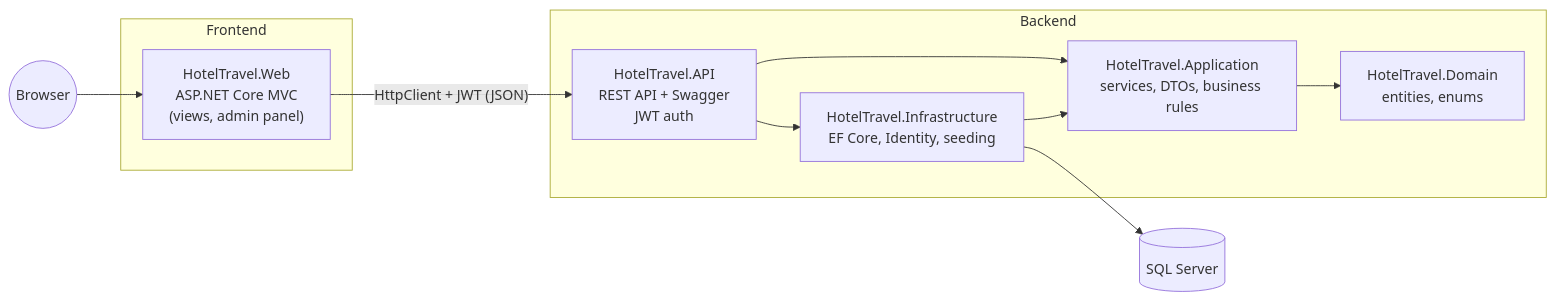
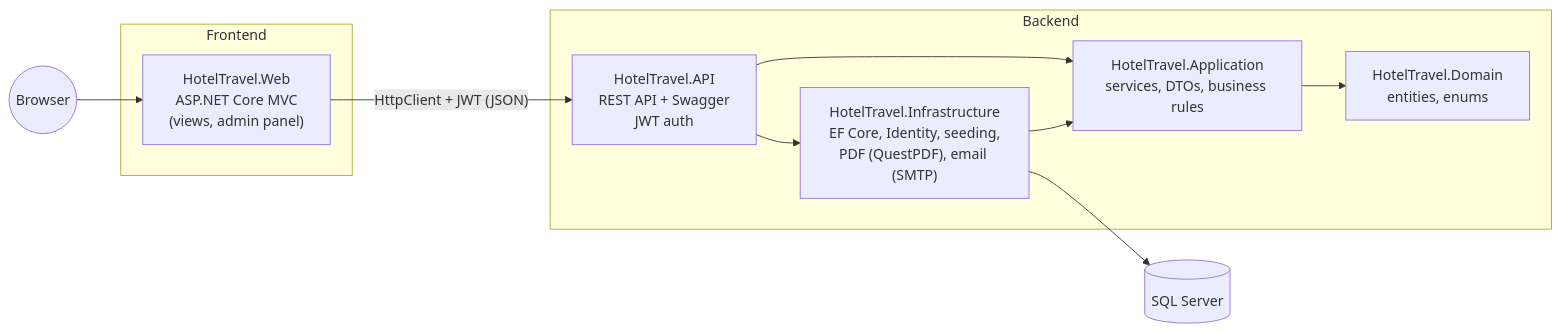
One commit to nigar-aligayeva-code/FinalProject changed the first of 4 diagrams in README.md. Above: the diagram before and after it, drawn with Mermaid. The commit also changed other lines of this file and 2 other files, not shown here.

````diff
--- a/README.md
+++ b/README.md
@@ -17,24 +23,24 @@
 ```mermaid
 flowchart LR
     Browser((Browser)) --> MVC
 
     subgraph Frontend
         MVC["HotelTravel.Web<br/>ASP.NET Core MVC<br/>(views, admin panel)"]
     end
 
     subgraph Backend
         API["HotelTravel.API<br/>REST API + Swagger<br/>JWT auth"]
         APP["HotelTravel.Application<br/>services, DTOs, business rules"]
-        INF["HotelTravel.Infrastructure<br/>EF Core, Identity, seeding"]
+        INF["HotelTravel.Infrastructure<br/>EF Core, Identity, seeding,<br/>PDF (QuestPDF), email (SMTP)"]
         DOM["HotelTravel.Domain<br/>entities, enums"]
     end
 
     DB[(SQL Server)]
 
     MVC -- "HttpClient + JWT (JSON)" --> API
     API --> APP
     API --> INF
     INF --> APP
     APP --> DOM
     INF --> DB
 ```
````
